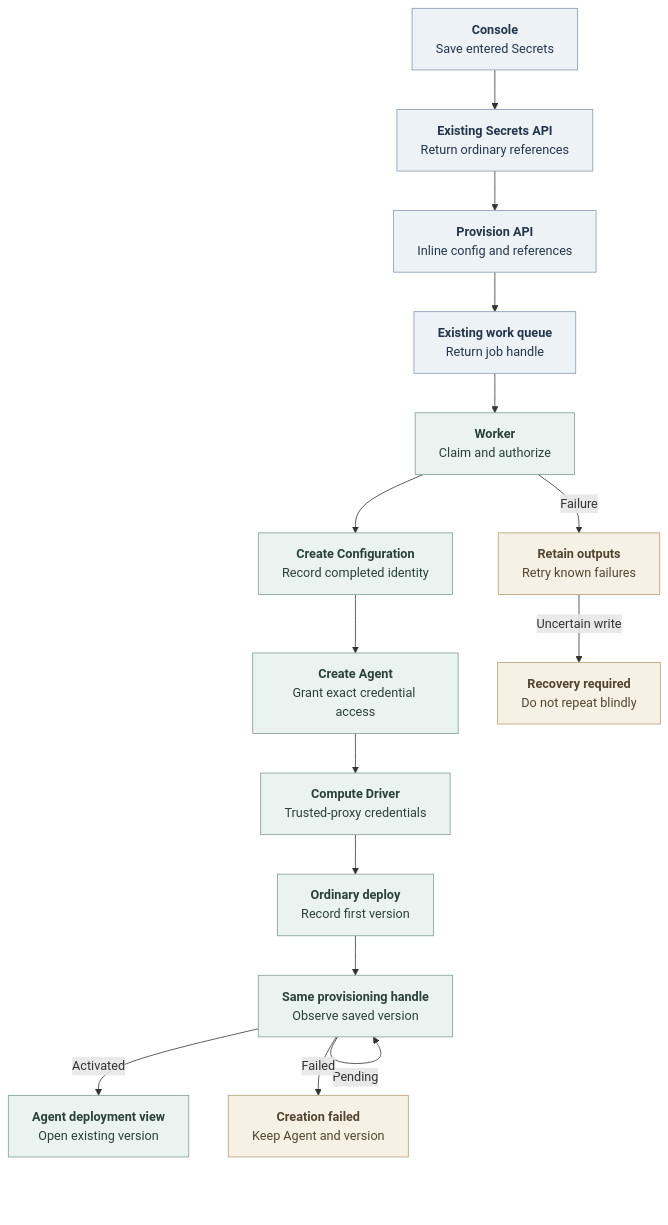
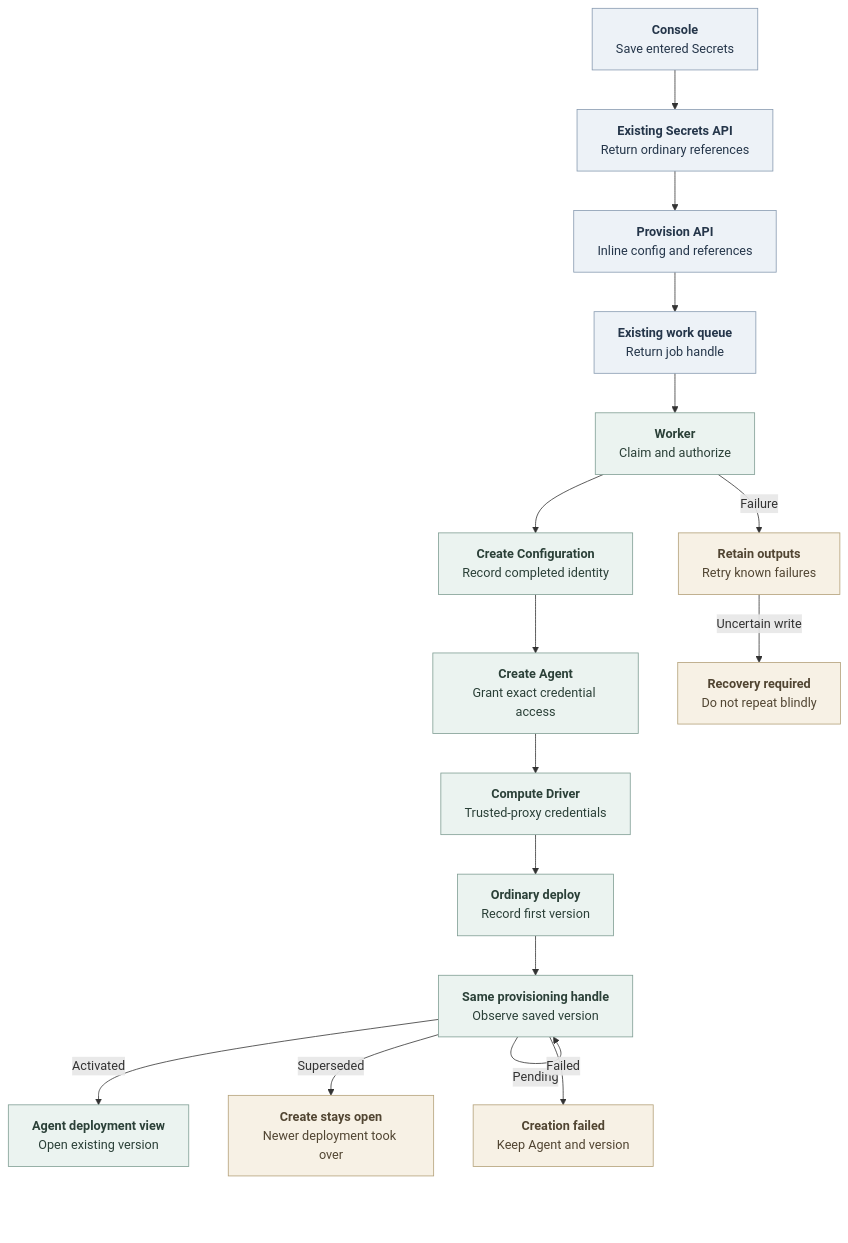
The diagram in docs/flows/agent-provisioning.md (red-hat-data-services/openclaw-enterprise), drawn with Mermaid before and after one commit. The commit also changed other lines of this file and 17 other files, not shown here.

````diff
--- a/docs/flows/agent-provisioning.md
+++ b/docs/flows/agent-provisioning.md
@@ -23,24 +23,25 @@
 ```mermaid
 graph TD
   Console["<b>Console</b><br/>Save entered Secrets"] --> Secrets["<b>Existing Secrets API</b><br/>Return ordinary references"]
   Secrets --> API["<b>Provision API</b><br/>Inline config and references"]
   API --> Queue["<b>Existing work queue</b><br/>Return job handle"]
   Queue --> Claim["<b>Worker</b><br/>Claim and authorize"]
   Claim --> Config["<b>Create Configuration</b><br/>Record completed identity"]
   Config --> Agent["<b>Create Agent</b><br/>Grant exact credential access"]
   Agent --> Transport["<b>Compute Driver</b><br/>Trusted-proxy credentials"]
   Transport --> Deploy["<b>Ordinary deploy</b><br/>Record first version"]
   Deploy --> Observe["<b>Same provisioning handle</b><br/>Observe saved version"]
   Observe -->|Pending| Observe
   Observe -->|Activated| UI["<b>Agent deployment view</b><br/>Open existing version"]
+  Observe -->|Superseded| Superseded["<b>Create stays open</b><br/>Newer deployment took over"]
   Observe -->|Failed| Terminal["<b>Creation failed</b><br/>Keep Agent and version"]
   Claim -->|Failure| Failed["<b>Retain outputs</b><br/>Retry known failures"]
   Failed -->|Uncertain write| Recovery["<b>Recovery required</b><br/>Do not repeat blindly"]
 
   classDef state fill:#EDF2F7,stroke:#879AB0,color:#25364A,stroke-width:1px
   classDef operation fill:#EBF3F0,stroke:#7F9D93,color:#2B4038,stroke-width:1px
   classDef condition fill:#F7F1E5,stroke:#B3A078,color:#514532,stroke-width:1px
   class Console,Secrets,API,Queue state
   class Claim,Config,Agent,Transport,Deploy,Observe,UI operation
-  class Failed,Recovery,Terminal condition
+  class Failed,Recovery,Terminal,Superseded condition
 ```
````
